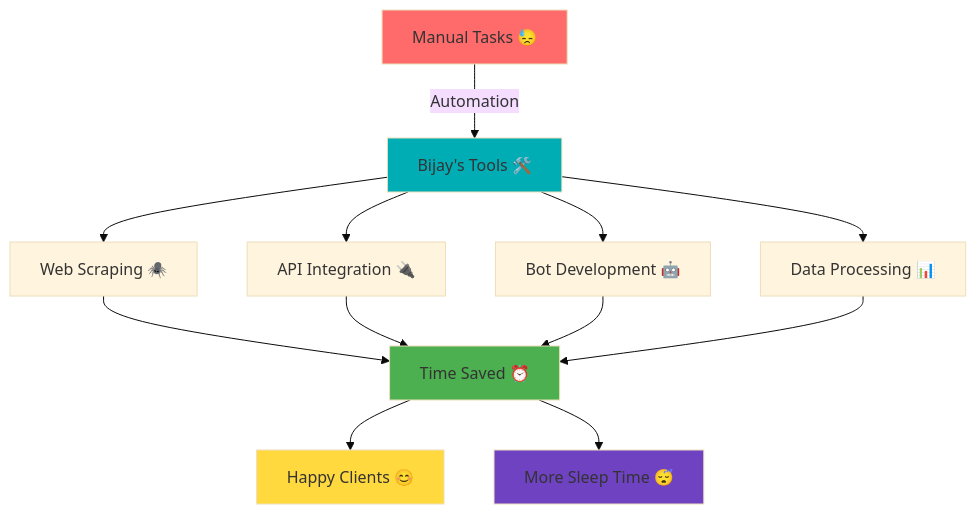
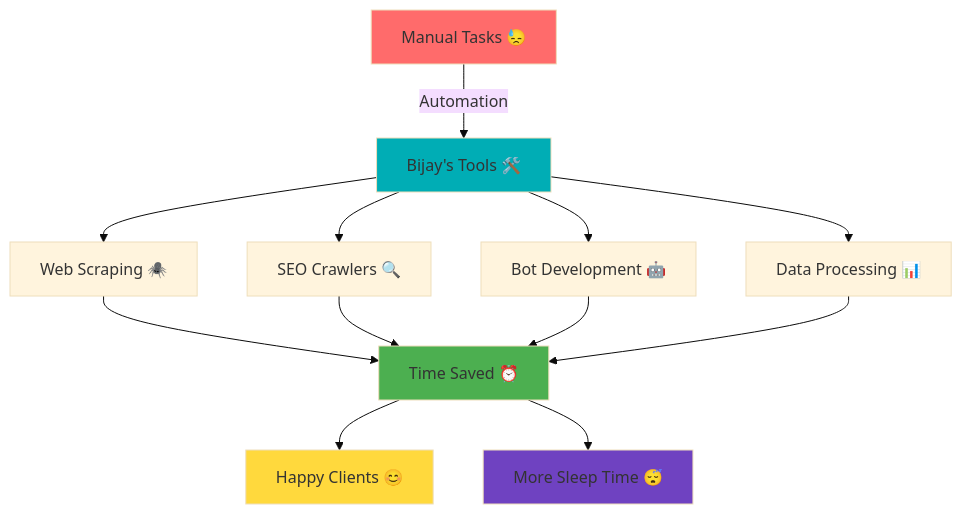
Before and after one commit to bijay085/bijay085: the diagram in README.md, drawn with Mermaid (base theme). The commit also changed other lines of this file, not shown here.

````diff
--- a/README.md
+++ b/README.md
@@ -366,22 +362,22 @@
   ```mermaid
   graph TD
       A[Manual Tasks 😓] -->|Automation| B[Bijay's Tools 🛠️]
       B --> C[Web Scraping 🕷️]
-      B --> D[API Integration 🔌]
+      B --> D[SEO Crawlers 🔍]
       B --> E[Bot Development 🤖]
       B --> F[Data Processing 📊]
       
       C --> G[Time Saved ⏰]
       D --> G
       E --> G
       F --> G
       
       G --> H[Happy Clients 😊]
       G --> I[More Sleep Time 😴]
       
       style A fill:#ff6b6b
       style B fill:#00ADB5
       style G fill:#4CAF50
       style H fill:#FFD93D
       style I fill:#6F42C1
   ```
````
